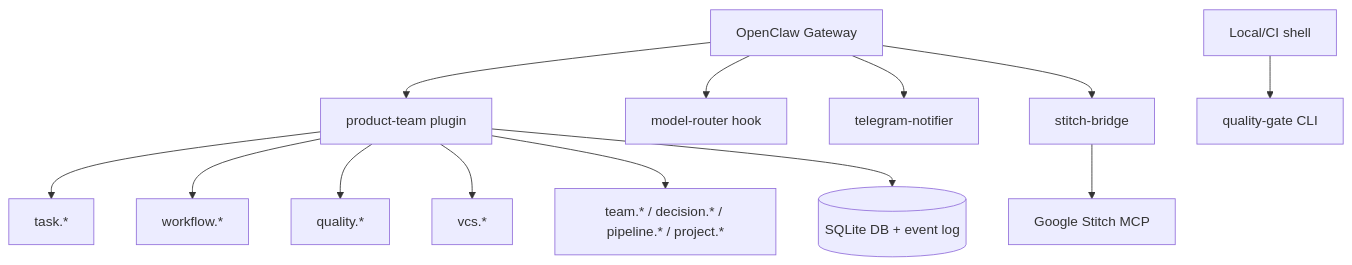
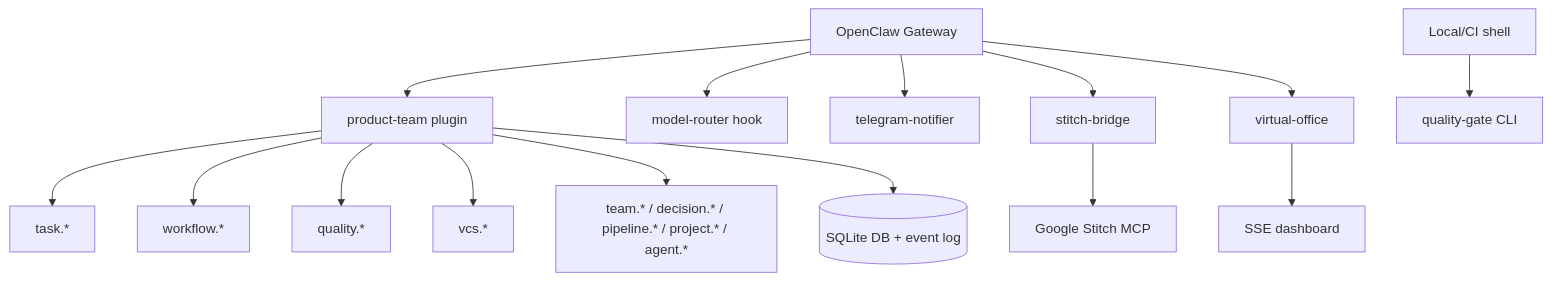
Before and after one commit to Monkey-D-Luisi/vibe-flow: the diagram in docs/extension-integration.md, drawn with Mermaid. The commit also changed other lines of this file and 6 other files, not shown here.

````diff
--- a/docs/extension-integration.md
+++ b/docs/extension-integration.md
@@ -7,15 +7,17 @@
 ```mermaid
 flowchart TD
   OC[OpenClaw Gateway] --> PT[product-team plugin]
   OC --> MR[model-router hook]
   OC --> TN[telegram-notifier]
   OC --> SB[stitch-bridge]
+  OC --> VO[virtual-office]
   PT --> T1[task.*]
   PT --> T2[workflow.*]
   PT --> T3[quality.*]
   PT --> T4[vcs.*]
-  PT --> T5[team.* / decision.* / pipeline.* / project.*]
+  PT --> T5[team.* / decision.* / pipeline.* / project.* / agent.*]
   PT --> DB[(SQLite DB + event log)]
   SB --> Stitch[Google Stitch MCP]
+  VO --> SSE[SSE dashboard]
   CI[Local/CI shell] --> QG[quality-gate CLI]
 ```
````
